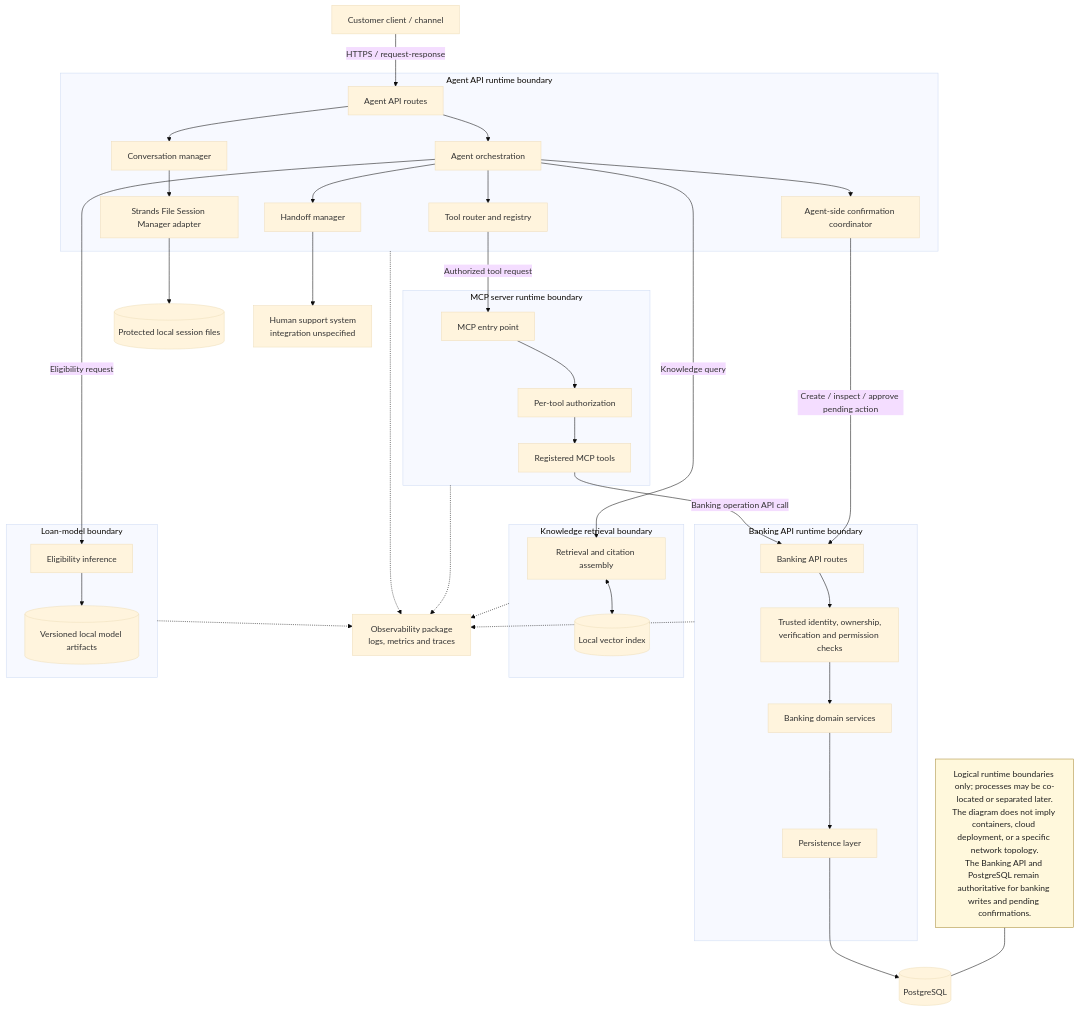
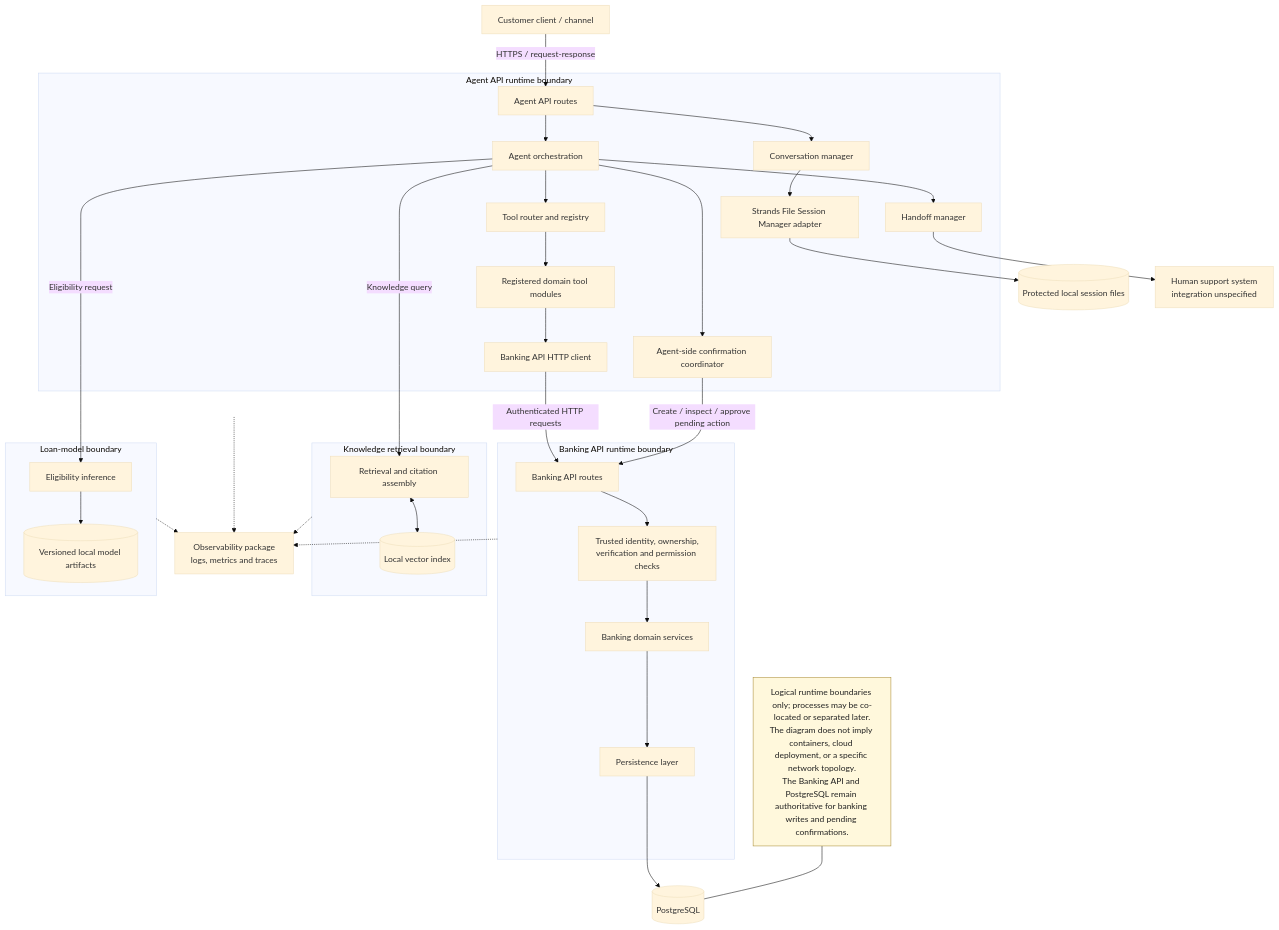
Before and after one commit to odb44/rubies-mfb-agent: the diagram in docs/architecture/deployment-architecture.md, drawn with Mermaid (base theme). The commit also changed other lines of this file and 226 other files, not shown here.

````diff
--- a/docs/architecture/deployment-architecture.md
+++ b/docs/architecture/deployment-architecture.md
@@ -15,74 +15,69 @@
 ```mermaid
 flowchart TB
     Customer[Customer client / channel]
 
     subgraph AgentProcess[Agent API runtime boundary]
         AgentAPI[Agent API routes]
         Orchestrator[Agent orchestration]
         Conversation[Conversation manager]
         SessionAdapter[Strands File Session Manager adapter]
         ToolRouter[Tool router and registry]
+        ToolModules[Registered domain tool modules]
+        BankingClient[Banking API HTTP client]
         ConfirmCoordinator[Agent-side confirmation coordinator]
         Handoff[Handoff manager]
         AgentAPI --> Orchestrator
         AgentAPI --> Conversation
         Conversation --> SessionAdapter
         Orchestrator --> ToolRouter
+        ToolRouter --> ToolModules --> BankingClient
         Orchestrator --> ConfirmCoordinator
         Orchestrator --> Handoff
     end
 
     SessionFiles[(Protected local session files)]
 
     subgraph BankingProcess[Banking API runtime boundary]
         BankingRoutes[Banking API routes]
         Identity[Trusted identity, ownership,<br/>verification and permission checks]
         Domain[Banking domain services]
         Persistence[Persistence layer]
         BankingRoutes --> Identity --> Domain --> Persistence
     end
 
-    subgraph MCPProcess[MCP server runtime boundary]
-        MCPEntry[MCP entry point]
-        MCPAuthorization[Per-tool authorization]
-        MCPTools[Registered MCP tools]
-        MCPEntry --> MCPAuthorization --> MCPTools
-    end
 
     subgraph KnowledgeRuntime[Knowledge retrieval boundary]
         Retrieval[Retrieval and citation assembly]
         VectorIndex[(Local vector index)]
         Retrieval <--> VectorIndex
     end
 
     subgraph LoanRuntime[Loan-model boundary]
         Inference[Eligibility inference]
         ModelArtifacts[(Versioned local model artifacts)]
         Inference --> ModelArtifacts
     end
 
     PostgreSQL[(PostgreSQL)]
     Support[Human support system<br/>integration unspecified]
     Observability[Observability package<br/>logs, metrics and traces]
 
     Customer -->|"HTTPS / request-response"| AgentAPI
     SessionAdapter --> SessionFiles
-    ToolRouter -->|"Authorized tool request"| MCPEntry
-    MCPTools -->|"Banking operation API call"| BankingRoutes
+    BankingClient -->|"Authenticated HTTP requests"| BankingRoutes
     Orchestrator -->|"Knowledge query"| Retrieval
     Orchestrator -->|"Eligibility request"| Inference
     Persistence --> PostgreSQL
     ConfirmCoordinator -->|"Create / inspect / approve pending action"| BankingRoutes
     Handoff --> Support
 
     AgentProcess -.-> Observability
     BankingProcess -.-> Observability
-    MCPProcess -.-> Observability
     KnowledgeRuntime -.-> Observability
     LoanRuntime -.-> Observability
 
     Note["Logical runtime boundaries only; processes may be co-located or separated later.<br/>The diagram does not imply containers, cloud deployment, or a specific network topology.<br/>The Banking API and PostgreSQL remain authoritative for banking writes and pending confirmations."]:::note
     Note --- PostgreSQL
 
     classDef note fill:#fff8dc,stroke:#a88b35,color:#222;
 ```
````
